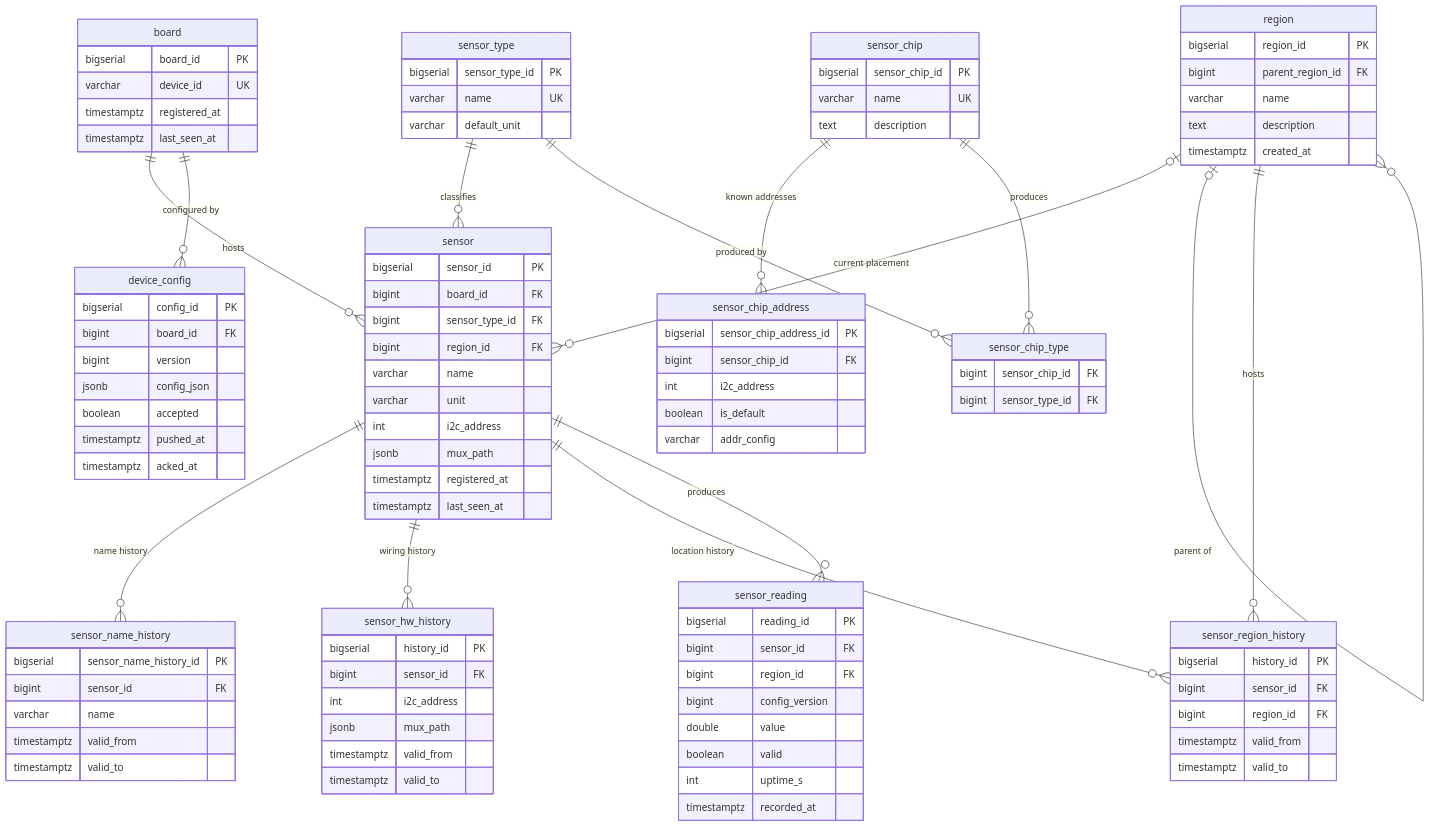
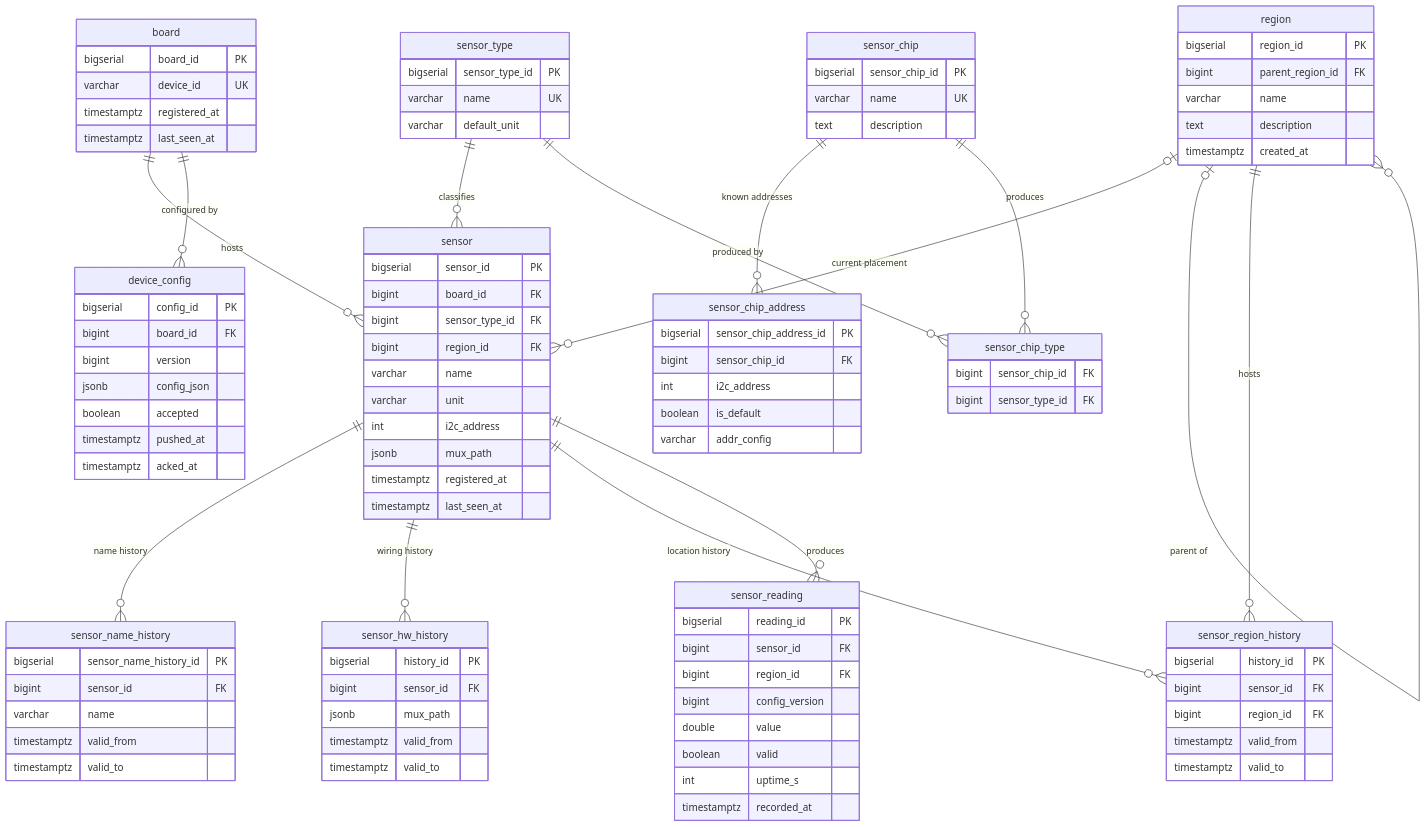
Before and after one commit to whale-net/everything: the first of 4 diagrams in leaflab/DATA.md, drawn with Mermaid. The commit also changed 10 other files, not shown here.

```diff
--- a/leaflab/DATA.md
+++ b/leaflab/DATA.md
@@ -41,7 +41,6 @@
     sensor_hw_history {
         bigserial   history_id PK
         bigint      sensor_id FK
-        int         i2c_address
         jsonb       mux_path
         timestamptz valid_from
         timestamptz valid_to
```
